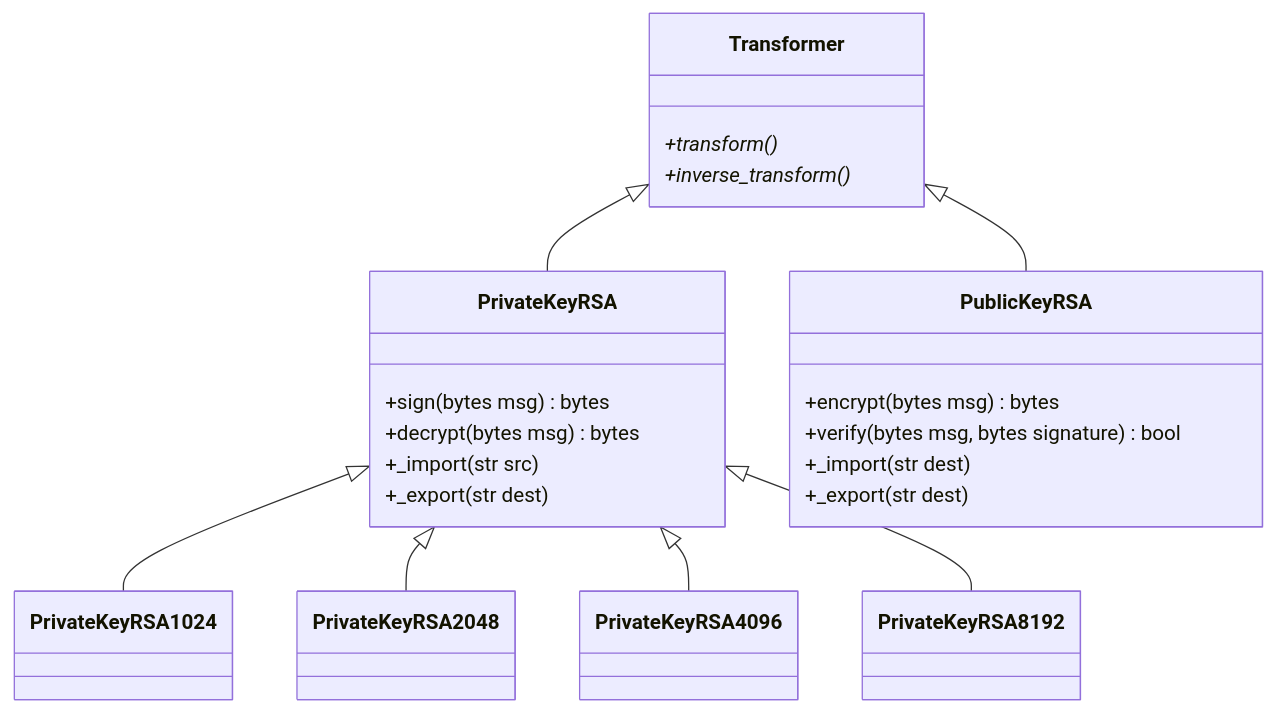
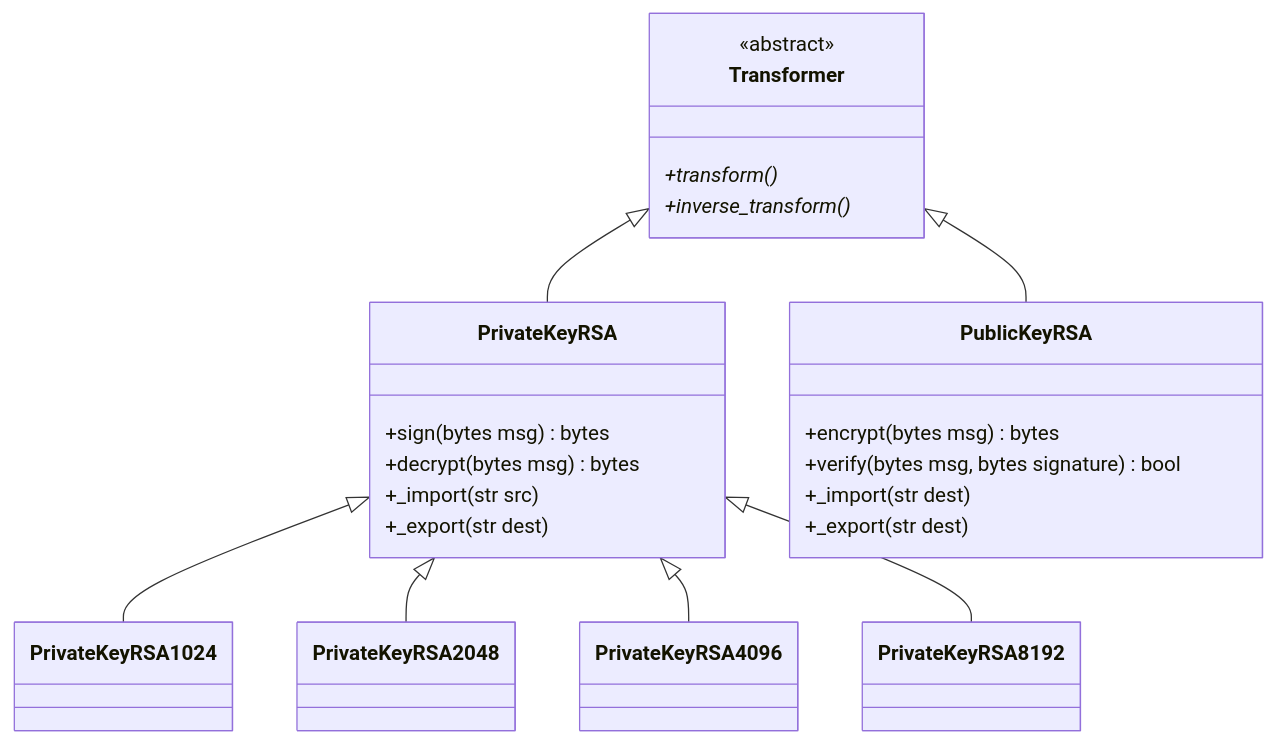
The fourth of 6 diagrams in README.md (Saief1999/security-toolbox), drawn with Mermaid before and after one commit. The commit also changed other lines of this file and 1 other file, not shown here.

````diff
--- a/README.md
+++ b/README.md
@@ -106,44 +144,45 @@
 ```mermaid
 classDiagram
 
 class Transformer {
+	<<abstract>>
     +transform()*
     +inverse_transform()*
 }
 
 Transformer <|-- PrivateKeyRSA
 class PrivateKeyRSA {
 	+sign(bytes msg) bytes
 	+decrypt(bytes msg) bytes
 	+_import(str src)
 	+_export(str dest)
 }
 
 PrivateKeyRSA <|-- PrivateKeyRSA1024
 class PrivateKeyRSA1024 {
 	
 }
 
 PrivateKeyRSA <|-- PrivateKeyRSA2048
 class PrivateKeyRSA2048 {
 	
 }
 
 PrivateKeyRSA <|-- PrivateKeyRSA4096
 class PrivateKeyRSA4096 {
 	
 }
 
 PrivateKeyRSA <|-- PrivateKeyRSA8192
 class PrivateKeyRSA8192 {
 	
 }
 Transformer <|-- PublicKeyRSA
 class PublicKeyRSA {
 	+encrypt(bytes msg) bytes
 	+verify (bytes msg, bytes signature) bool
 	+_import(str dest)
 	+_export(str dest)
 }
 
 ```
````
